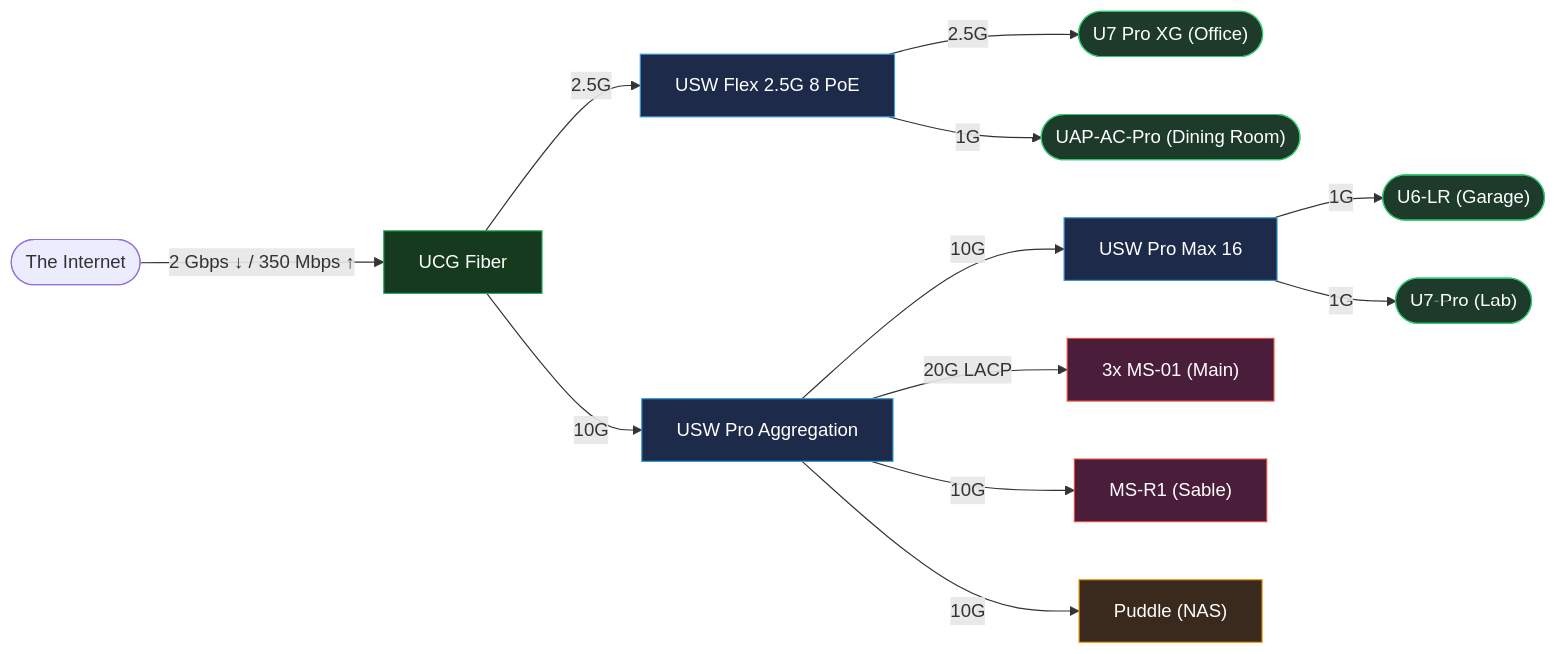
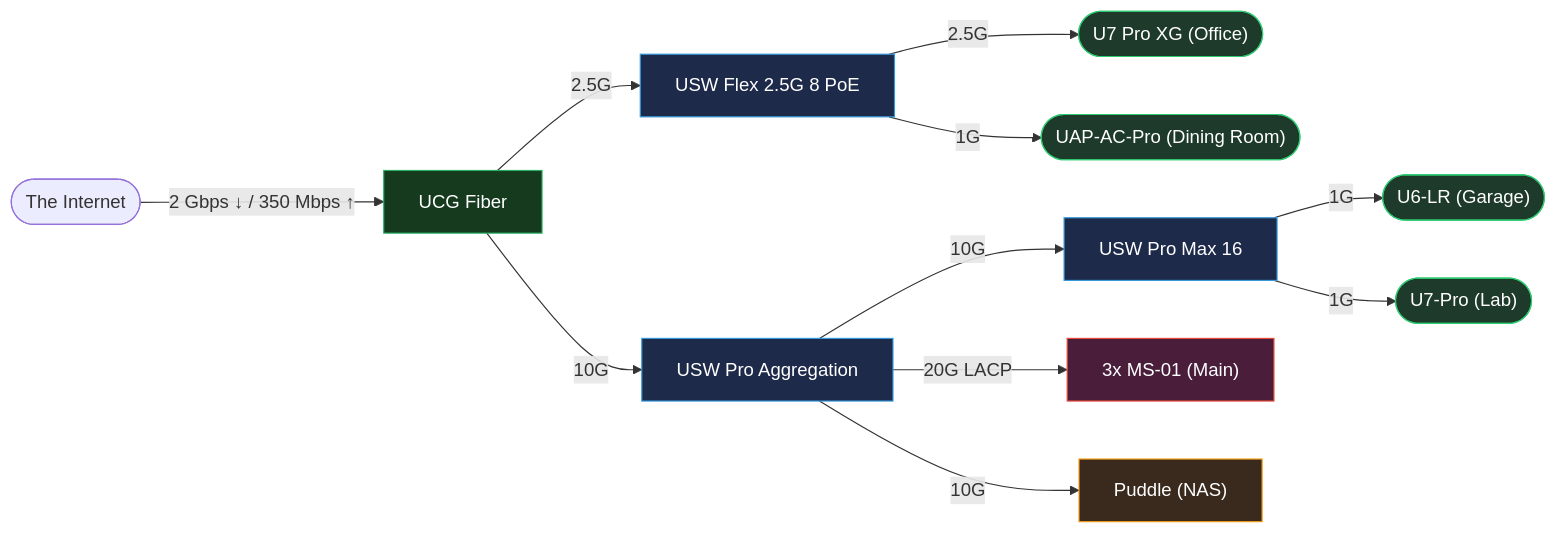
Before and after one commit to waifulabs/infrastructure: the diagram in README.md, drawn with Mermaid. The commit also changed other lines of this file and 3 other files, not shown here.

````diff
--- a/README.md
+++ b/README.md
@@ -83,25 +80,24 @@
 ```mermaid
 flowchart LR
     classDef gateway fill:#163a1e,stroke:#27ae60,color:#fff
     classDef switch fill:#1e2a4a,stroke:#3498db,color:#fff
     classDef compute fill:#4a1e3a,stroke:#e74c3c,color:#fff
     classDef storage fill:#3a2a1e,stroke:#f39c12,color:#fff
     classDef ap fill:#1e3a2a,stroke:#2ecc71,color:#fff
 
     Internet(["The Internet"])
 
     Internet -- "2 Gbps ↓ / 350 Mbps ↑" --> UCG["UCG Fiber"]:::gateway
     UCG -- 2.5G --> FLEX["USW Flex 2.5G 8 PoE"]:::switch
     UCG -- 10G --> AGG["USW Pro Aggregation"]:::switch
 
     FLEX -- 2.5G --> U7XG(["U7 Pro XG (Office)"]):::ap
     FLEX -- 1G --> UAPAC(["UAP-AC-Pro (Dining Room)"]):::ap
 
     AGG -- 10G --> MAX["USW Pro Max 16"]:::switch
     AGG -- 20G LACP --> MS01["3x MS-01 (Main)"]:::compute
-    AGG -- 10G --> MSR1["MS-R1 (Sable)"]:::compute
     AGG -- 10G --> PUDDLE["Puddle (NAS)"]:::storage
 
     MAX -- 1G --> U6LR(["U6-LR (Garage)"]):::ap
     MAX -- 1G --> U7PRO(["U7-Pro (Lab)"]):::ap
 ```
````
